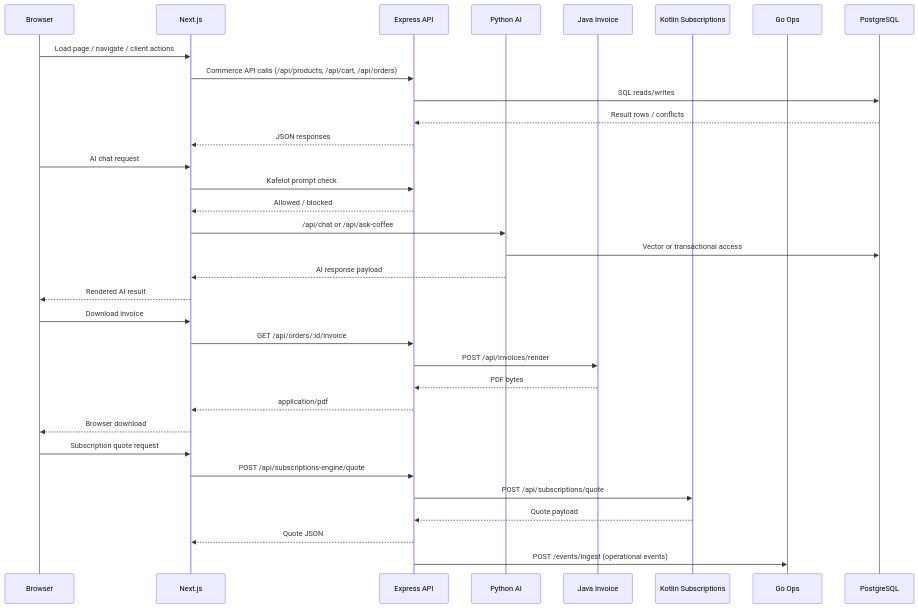
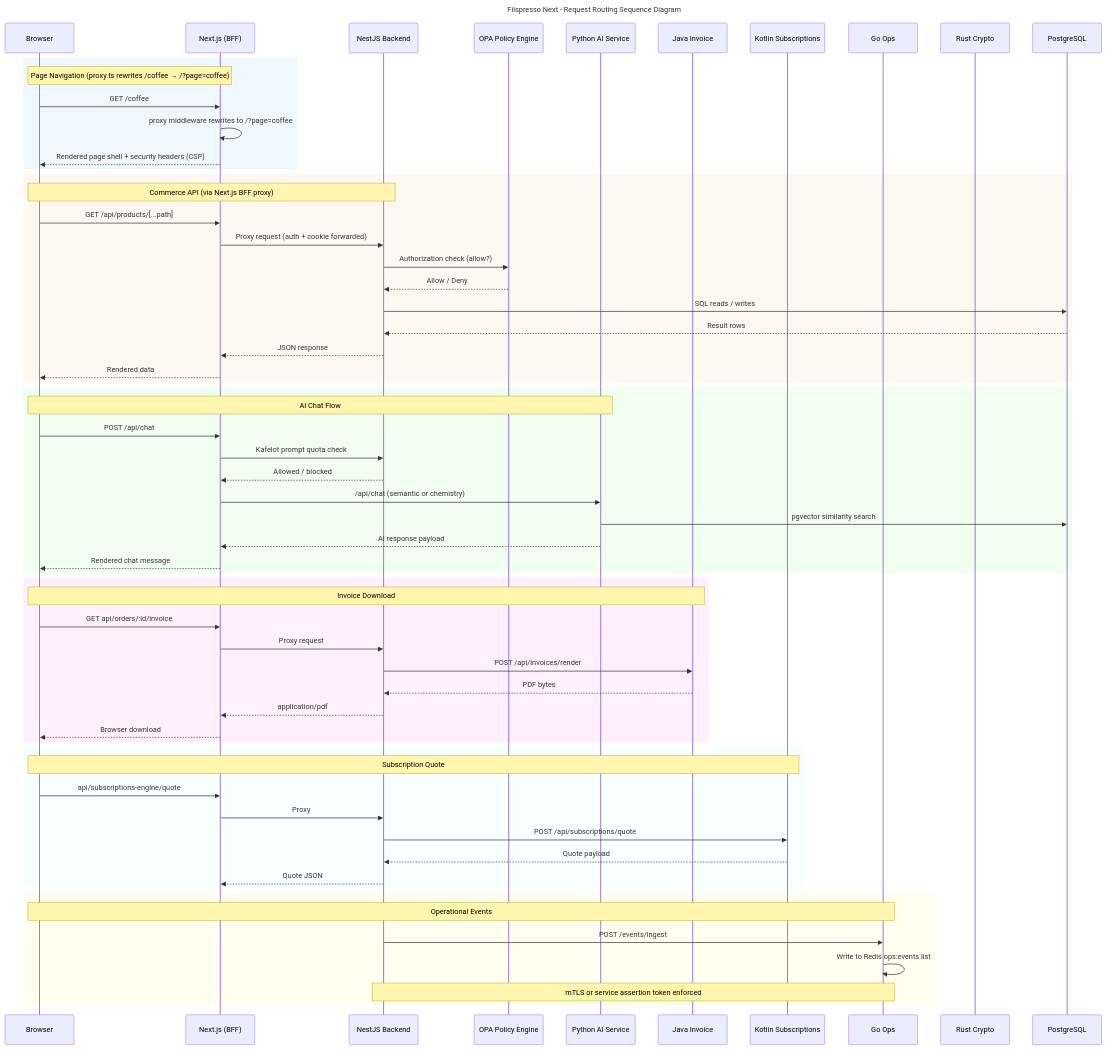
Before and after one commit to DarkShadow1107/filspresso_next: the diagram in docs/uml/request-routing-sequence.mmd, drawn with Mermaid. The commit also changed 49 other files, not shown here.

Commit message:
Update diagrams

```diff
--- a/docs/uml/request-routing-sequence.mmd
+++ b/docs/uml/request-routing-sequence.mmd
@@ -1,38 +1,71 @@
+---
+title: Filspresso Next - Request Routing Sequence Diagram
+---
+
 sequenceDiagram
     participant B as Browser
-    participant N as Next.js
-    participant E as Express API
-    participant P as Python AI
+    participant N as Next.js (BFF)
+    participant NEST as NestJS Backend
+    participant OPA as OPA Policy Engine
+    participant P as Python AI Service
     participant J as Java Invoice
     participant K as Kotlin Subscriptions
     participant G as Go Ops
+    participant RC as Rust Crypto
     participant DB as PostgreSQL
 
-    B->>N: Load page / navigate / client actions
-    N->>E: Commerce API calls (/api/products, /api/cart, /api/orders)
-    E->>DB: SQL reads/writes
-    DB-->>E: Result rows / conflicts
-    E-->>N: JSON responses
+    rect rgb(240, 248, 255)
+        Note over B,N: Page Navigation (proxy.ts rewrites /coffee → /?page=coffee)
+        B->>N: GET /coffee
+        N->>N: proxy middleware rewrites to /?page=coffee
+        N-->>B: Rendered page shell + security headers (CSP)
+    end
 
-    B->>N: AI chat request
-    N->>E: Kafelot prompt check
-    E-->>N: Allowed / blocked
-    N->>P: /api/chat or /api/ask-coffee
-    P->>DB: Vector or transactional access
-    P-->>N: AI response payload
-    N-->>B: Rendered AI result
+    rect rgb(255, 248, 240)
+        Note over B,NEST: Commerce API (via Next.js BFF proxy)
+        B->>N: GET /api/products/[...path]
+        N->>NEST: Proxy request (auth + cookie forwarded)
+        NEST->>OPA: Authorization check (allow?)
+        OPA-->>NEST: Allow / Deny
+        NEST->>DB: SQL reads / writes
+        DB-->>NEST: Result rows
+        NEST-->>N: JSON response
+        N-->>B: Rendered data
+    end
 
-    B->>N: Download invoice
-    N->>E: GET /api/orders/:id/invoice
-    E->>J: POST /api/invoices/render
-    J-->>E: PDF bytes
-    E-->>N: application/pdf
-    N-->>B: Browser download
+    rect rgb(240, 255, 240)
+        Note over B,P: AI Chat Flow
+        B->>N: POST /api/chat
+        N->>NEST: Kafelot prompt quota check
+        NEST-->>N: Allowed / blocked
+        N->>P: /api/chat (semantic or chemistry)
+        P->>DB: pgvector similarity search
+        P-->>N: AI response payload
+        N-->>B: Rendered chat message
+    end
 
-    B->>N: Subscription quote request
-    N->>E: POST /api/subscriptions-engine/quote
-    E->>K: POST /api/subscriptions/quote
-    K-->>E: Quote payload
-    E-->>N: Quote JSON
+    rect rgb(255, 240, 255)
+        Note over B,J: Invoice Download
+        B->>N: GET api/orders/:id/invoice
+        N->>NEST: Proxy request
+        NEST->>J: POST /api/invoices/render
+        J-->>NEST: PDF bytes
+        NEST-->>N: application/pdf
+        N-->>B: Browser download
+    end
 
-    E->>G: POST /events/ingest (operational events)
+    rect rgb(248, 255, 255)
+        Note over B,K: Subscription Quote
+        B->>N: api/subscriptions-engine/quote
+        N->>NEST: Proxy
+        NEST->>K: POST /api/subscriptions/quote
+        K-->>NEST: Quote payload
+        NEST-->>N: Quote JSON
+    end
+
+    rect rgb(255, 255, 240)
+        Note over B,G: Operational Events
+        NEST->>G: POST /events/ingest
+        G->>G: Write to Redis ops:events list
+        Note over NEST,G: mTLS or service assertion token enforced
+    end
```
